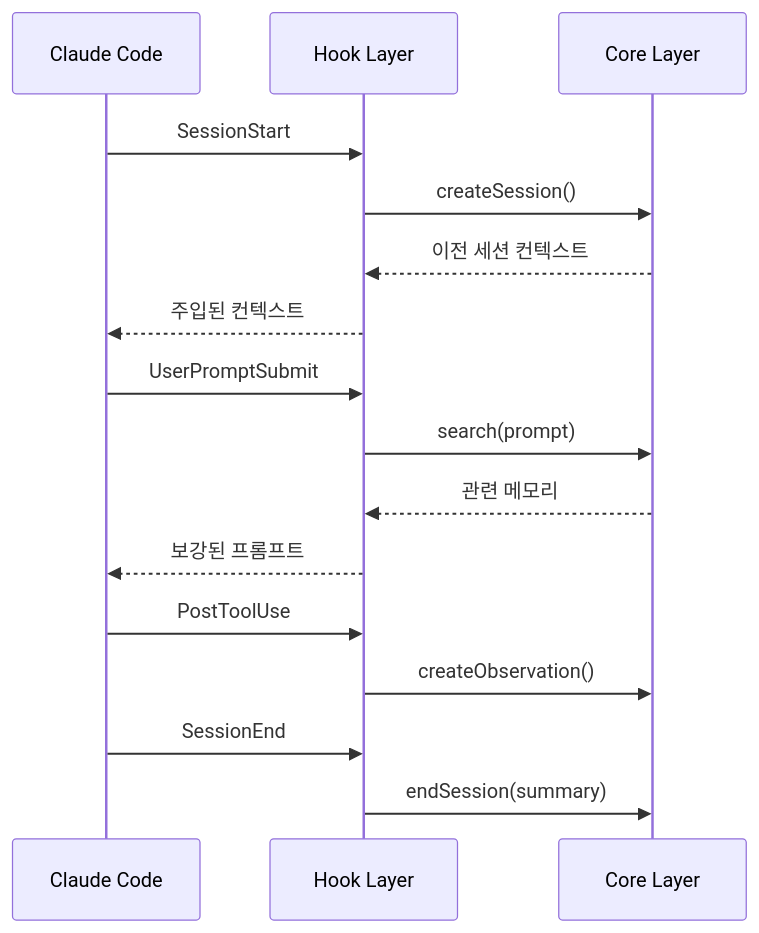
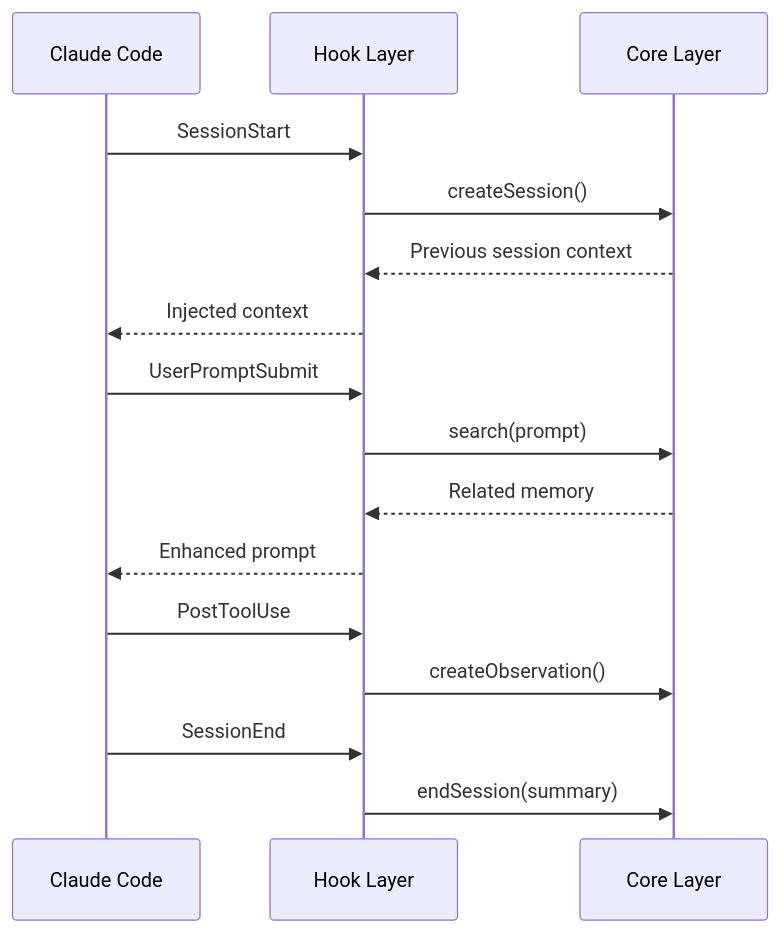
One commit to yeochul-jeon/ralph-mem changed the fourth of 10 diagrams in docs/ARCHITECTURE.md. Above: the diagram before and after it, drawn with Mermaid. The commit also changed other lines of this file and 26 other files, not shown here.

````diff
--- a/docs/ARCHITECTURE.md
+++ b/docs/ARCHITECTURE.md
@@ -192,22 +194,22 @@
 ```mermaid
 sequenceDiagram
     participant CC as Claude Code
     participant H as Hook Layer
     participant C as Core Layer
 
     CC->>H: SessionStart
     H->>C: createSession()
-    C-->>H: 이전 세션 컨텍스트
-    H-->>CC: 주입된 컨텍스트
+    C-->>H: Previous session context
+    H-->>CC: Injected context
 
     CC->>H: UserPromptSubmit
     H->>C: search(prompt)
-    C-->>H: 관련 메모리
-    H-->>CC: 보강된 프롬프트
+    C-->>H: Related memory
+    H-->>CC: Enhanced prompt
 
     CC->>H: PostToolUse
     H->>C: createObservation()
 
     CC->>H: SessionEnd
     H->>C: endSession(summary)
 ```
````
